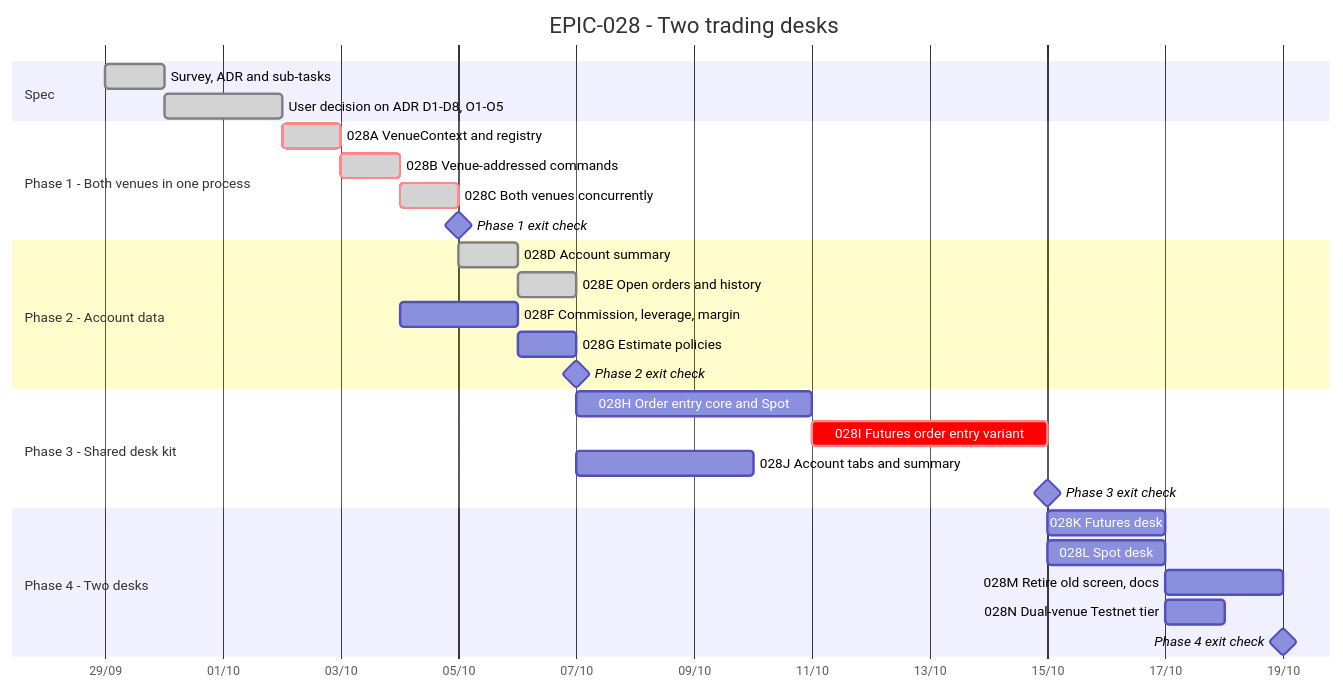
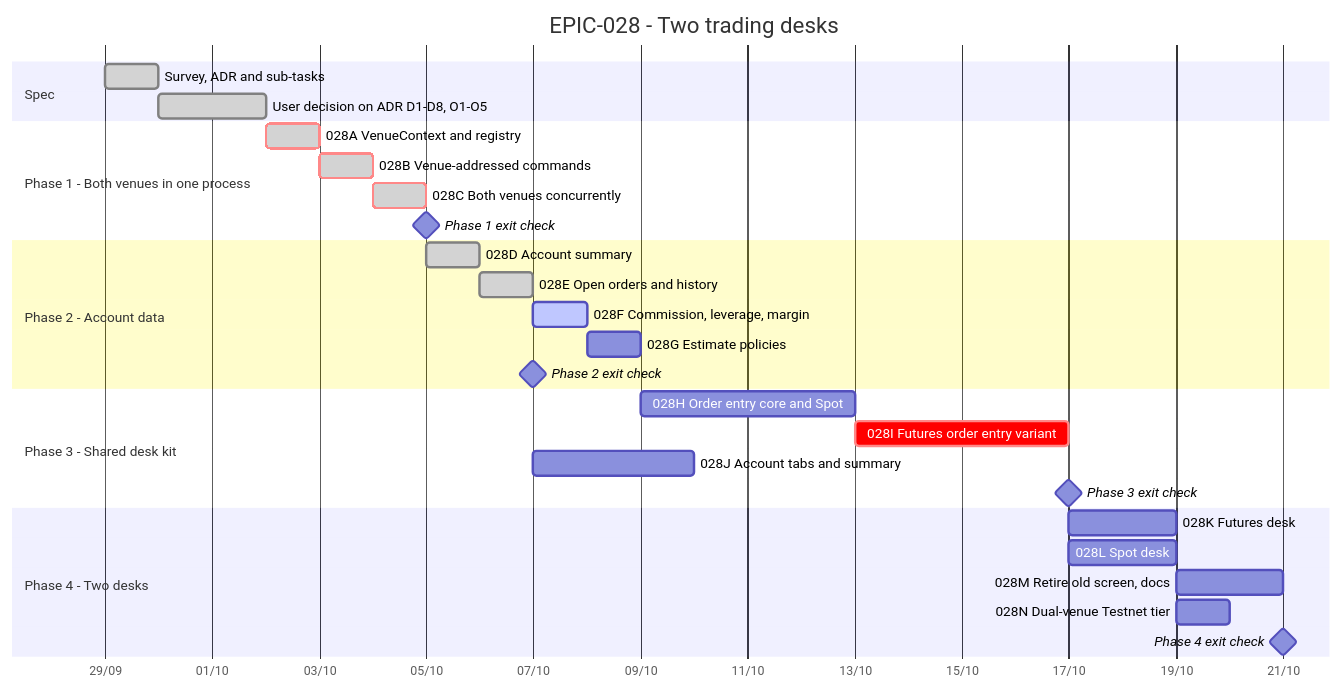
The diagram in Tasks/epics/EPIC-028_futures_and_spot_trading_desks/TRACKING.md (anhembedded/Sagittarius_Elite_Warrior), drawn with Mermaid before and after one commit. The commit also changed other lines of this file and 47 other files, not shown here.

First line of the commit message:
feat(trading): Futures leverage and margin mode, commission rates per venue (epic-028f)

````diff
--- a/Tasks/epics/EPIC-028_futures_and_spot_trading_desks/TRACKING.md
+++ b/Tasks/epics/EPIC-028_futures_and_spot_trading_desks/TRACKING.md
@@ -15,37 +15,37 @@
 ```mermaid
 gantt
     title EPIC-028 - Two trading desks
     dateFormat  YYYY-MM-DD
     axisFormat  %d/%m
     todayMarker stroke-width:2px,stroke:#d33,opacity:0.6
 
     section Spec
     Survey, ADR and sub-tasks              :done,    s1, 2026-09-29, 1d
     User decision on ADR D1-D8, O1-O5      :done,    s2, after s1, 2d
 
     section Phase 1 - Both venues in one process
     028A VenueContext and registry         :crit, done, a, after s2, 1d
     028B Venue-addressed commands          :crit, done, b, after a, 1d
     028C Both venues concurrently          :crit, done, c, after b, 1d
     Phase 1 exit check                     :milestone, m1, after c, 0d
 
     section Phase 2 - Account data
     028D Account summary                   :done,    d, after c, 1d
     028E Open orders and history           :done,    e, after d, 1d
-    028F Commission, leverage, margin      :         f, after b, 2d
+    028F Commission, leverage, margin      :active,  f, after e, 1d
     028G Estimate policies                 :         g, after f, 1d
     Phase 2 exit check                     :milestone, m2, after e, 0d
 
     section Phase 3 - Shared desk kit
     028H Order entry core and Spot         :         h, after g, 4d
     028I Futures order entry variant       :crit,    i, after h, 4d
     028J Account tabs and summary          :         j, after e, 3d
     Phase 3 exit check                     :milestone, m3, after i, 0d
 
     section Phase 4 - Two desks
     028K Futures desk                      :         k, after m3, 2d
     028L Spot desk                         :         l, after m3, 2d
     028M Retire old screen, docs           :         mm, after k, 2d
     028N Dual-venue Testnet tier           :         n, after l, 1d
     Phase 4 exit check                     :milestone, m4, after mm, 0d
 ```
````
